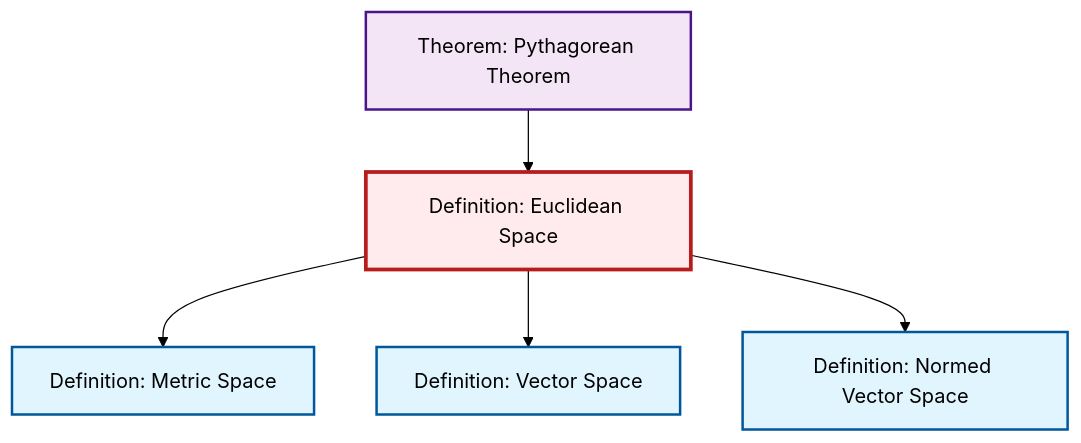
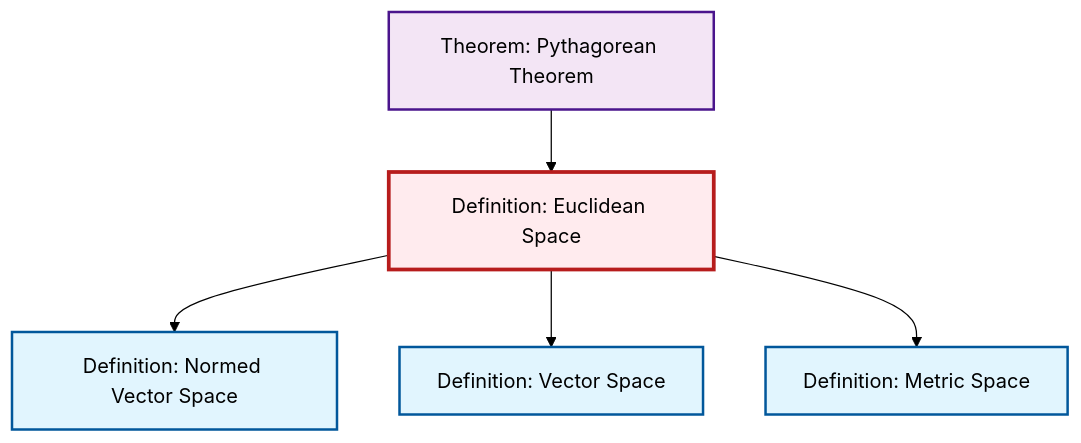
One commit to RK0429/ModernMath changed the second of 2 diagrams in content/en/geometry/def-euclidean-space.qmd. Above: the diagram before and after it, drawn with Mermaid (forest theme). The commit also changed other lines of this file and 597 other files, not shown here.

````diff
--- a/content/en/geometry/def-euclidean-space.qmd
+++ b/content/en/geometry/def-euclidean-space.qmd
@@ -69,23 +69,23 @@
 ```{mermaid}
 %%| fig-cap: "Local dependency graph"
 graph TD
     classDef definition fill:#e1f5fe,stroke:#01579b,stroke-width:2px
     classDef theorem fill:#f3e5f5,stroke:#4a148c,stroke-width:2px
     classDef axiom fill:#fff3e0,stroke:#e65100,stroke-width:2px
     classDef example fill:#e8f5e9,stroke:#1b5e20,stroke-width:2px
     classDef current fill:#ffebee,stroke:#b71c1c,stroke-width:3px
+    def-euclidean-space["Definition: Euclidean Space"]:::definition
     def-vector-space["Definition: Vector Space"]:::definition
+    thm-pythagorean["Theorem: Pythagorean Theorem"]:::theorem
+    def-metric-space["Definition: Metric Space"]:::definition
     def-normed-vector-space["Definition: Normed Vector Space"]:::definition
-    def-euclidean-space["Definition: Euclidean Space"]:::definition
-    def-metric-space["Definition: Metric Space"]:::definition
-    thm-pythagorean["Theorem: Pythagorean Theorem"]:::theorem
+    thm-pythagorean --> def-euclidean-space
+    def-euclidean-space --> def-normed-vector-space
+    def-euclidean-space --> def-vector-space
     def-euclidean-space --> def-metric-space
-    thm-pythagorean --> def-euclidean-space
-    def-euclidean-space --> def-vector-space
-    def-euclidean-space --> def-normed-vector-space
     class def-euclidean-space current
     click def-vector-space "def-vector-space.html" "Go to Vector Space definition"
+    click thm-pythagorean "thm-pythagorean.html" "Go to Pythagorean Theorem theorem"
+    click def-metric-space "def-metric-space.html" "Go to Metric Space definition"
     click def-normed-vector-space "def-normed-vector-space.html" "Go to Normed Vector Space definition"
-    click def-metric-space "def-metric-space.html" "Go to Metric Space definition"
-    click thm-pythagorean "thm-pythagorean.html" "Go to Pythagorean Theorem theorem"
 ```
````
